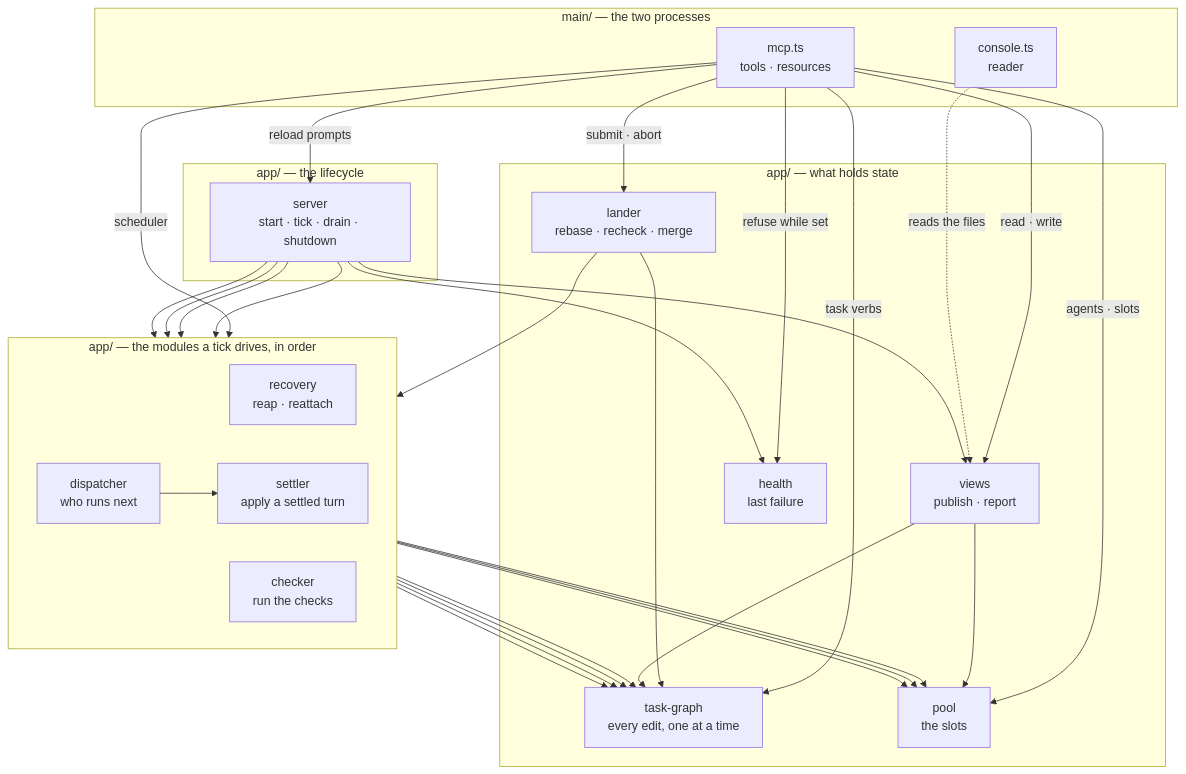
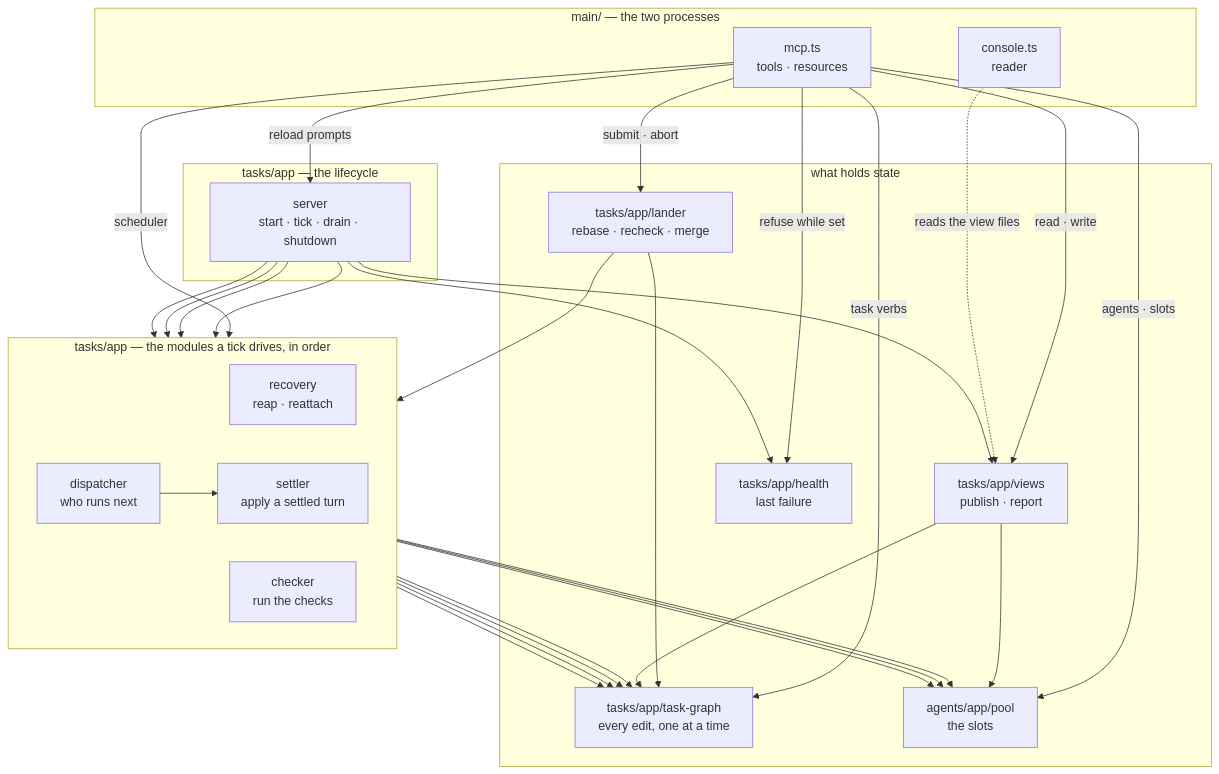
Before and after one commit to Pyrolistical/task-graph-template: the diagram in docs/architecture.md, drawn with Mermaid. The commit also changed other lines of this file and 235 other files, not shown here.

First line of the commit message:
cut the onion into slices: each one keeps its own layers, and the console keeps to the wire

````diff
--- a/docs/architecture.md
+++ b/docs/architecture.md
@@ -25,56 +60,56 @@
 ```mermaid
 flowchart TB
   subgraph procs["main/ — the two processes"]
     mcpTs["mcp.ts<br/>tools · resources"]
     consoleTs["console.ts<br/>reader"]
   end
 
-  subgraph life["app/ — the lifecycle"]
+  subgraph life["tasks/app — the lifecycle"]
     server["server<br/>start · tick · drain · shutdown"]
   end
 
-  subgraph ticked["app/ — the modules a tick drives, in order"]
+  subgraph ticked["tasks/app — the modules a tick drives, in order"]
     direction LR
     recovery["recovery<br/>reap · reattach"]
     checker["checker<br/>run the checks"]
     settler["settler<br/>apply a settled turn"]
     dispatcher["dispatcher<br/>who runs next"]
   end
 
-  subgraph held["app/ — what holds state"]
-    taskGraph["task-graph<br/>every edit, one at a time"]
-    pool["pool<br/>the slots"]
-    lander["lander<br/>rebase · recheck · merge"]
-    views["views<br/>publish · report"]
-    health["health<br/>last failure"]
+  subgraph held["what holds state"]
+    taskGraph["tasks/app/task-graph<br/>every edit, one at a time"]
+    pool["agents/app/pool<br/>the slots"]
+    lander["tasks/app/lander<br/>rebase · recheck · merge"]
+    views["tasks/app/views<br/>publish · report"]
+    health["tasks/app/health<br/>last failure"]
   end
 
   mcpTs -->|task verbs| taskGraph
   mcpTs -->|submit · abort| lander
   mcpTs -->|agents · slots| pool
   mcpTs -->|scheduler| dispatcher
   mcpTs -->|read · write| views
   mcpTs -->|refuse while set| health
   mcpTs -->|reload prompts| server
-  consoleTs -.->|reads the files| views
+  consoleTs -.->|reads the view files| views
 
   server --> recovery
   server --> checker
   server --> settler
   server --> dispatcher
   server --> views
   server --> health
 
   dispatcher --> settler
   settler --> pool
   settler --> taskGraph
   dispatcher --> pool
   dispatcher --> taskGraph
   checker --> taskGraph
   recovery --> pool
   recovery --> taskGraph
   lander --> checker
   lander --> taskGraph
   views --> taskGraph
   views --> pool
 ```
````
